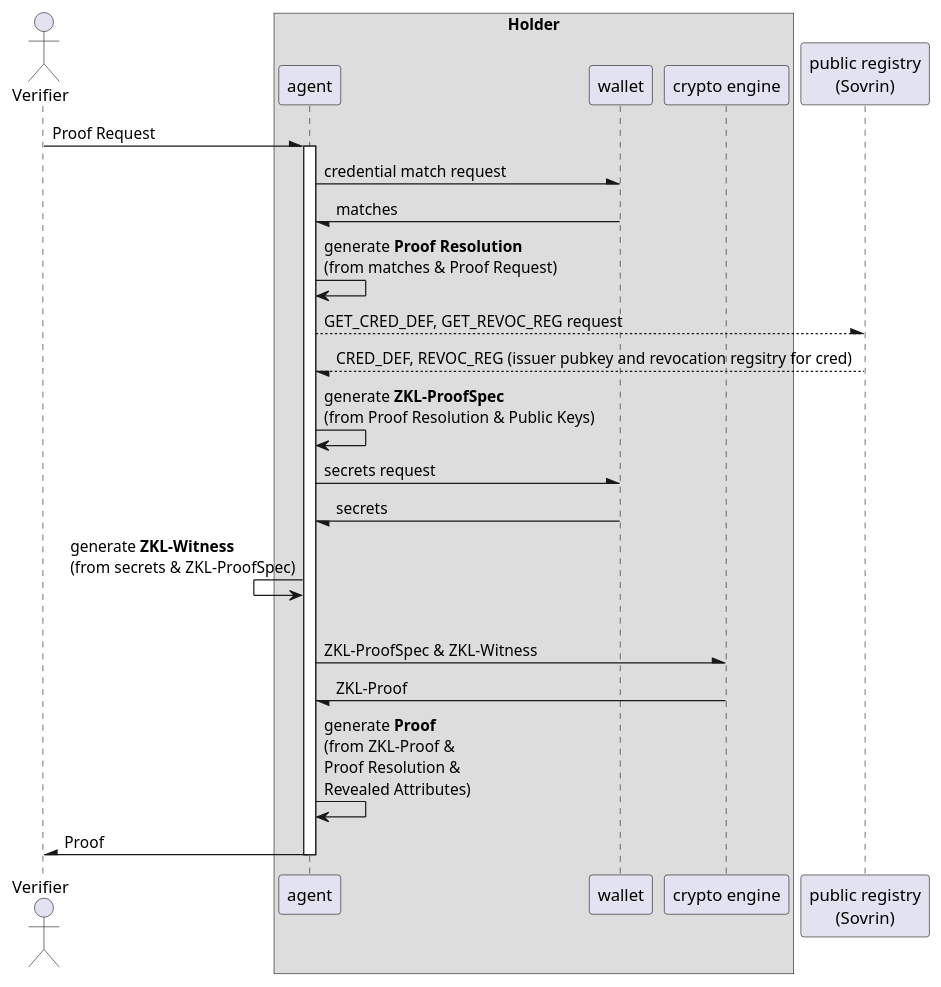
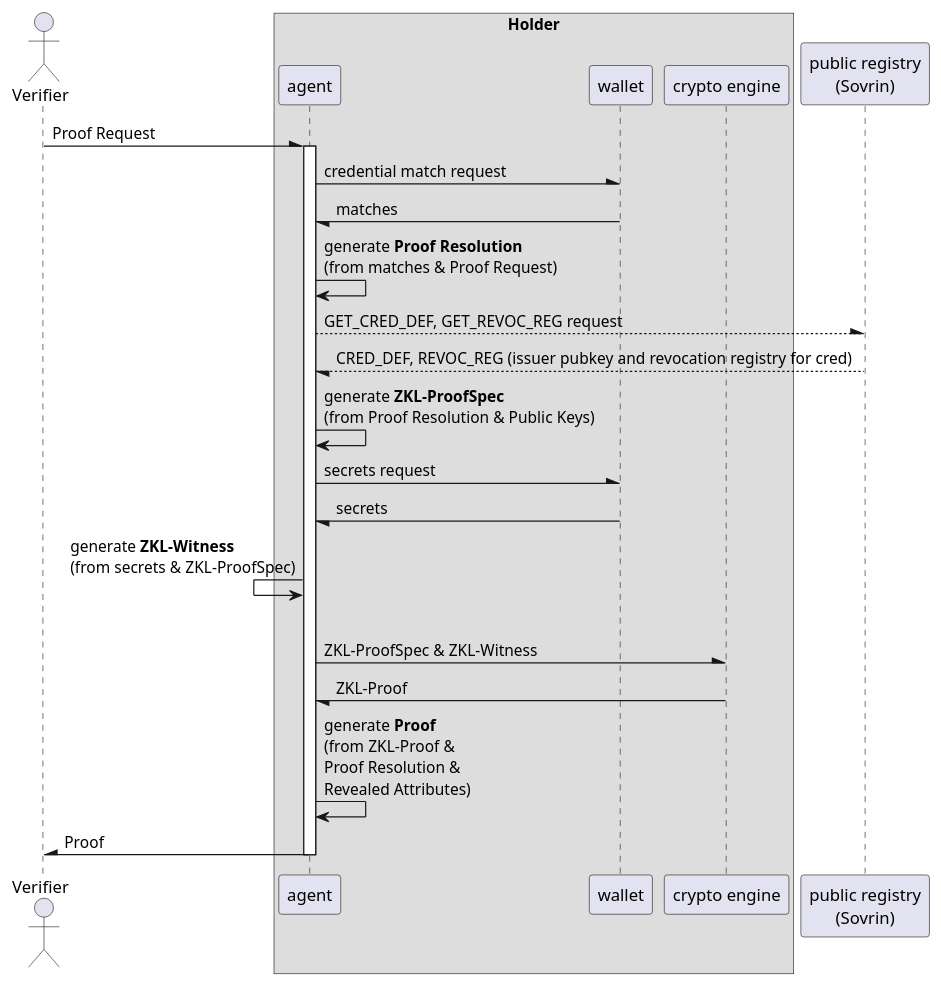
Before and after one commit to hyperledger-archives/ursa: the diagram in docs/flow.puml, drawn with PlantUML. The commit also changed 2 other files, not shown here.

```diff
--- a/docs/flow.puml
+++ b/docs/flow.puml
@@ -1,36 +1,36 @@
 @startuml
 
 actor Verifier as v
 box "Holder"
 participant agent as a
 participant wallet as w
 participant "crypto engine" as ce
 end box
 
 participant "public registry\n(Sovrin)" as reg
 
 v -\ a: Proof Request
 activate a
 
 a -\ w: credential match request
 a \- w: matches
 a -> a: generate <b>Proof Resolution</b> \n(from matches & Proof Request)
 
 a --\ reg: GET_CRED_DEF, GET_REVOC_REG request
-a \-- reg: CRED_DEF, REVOC_REG (issuer pubkey and revocation regsitry for cred)
+a \-- reg: CRED_DEF, REVOC_REG (issuer pubkey and revocation registry for cred)
 a -> a: generate <b>ZKL-ProofSpec</b> \n(from Proof Resolution & Public Keys)
 
 a -\ w: secrets request
 a \- w: secrets
 a <- a: generate <b>ZKL-Witness</b> \n(from secrets & ZKL-ProofSpec)
 |||
 a -\ ce: ZKL-ProofSpec & ZKL-Witness
 a \- ce: ZKL-Proof
 
 a -> a: generate <b>Proof</b>\n(from ZKL-Proof & \nProof Resolution & \nRevealed Attributes)
 
 a -\ v: Proof
 deactivate a
 
 
 @enduml
```
